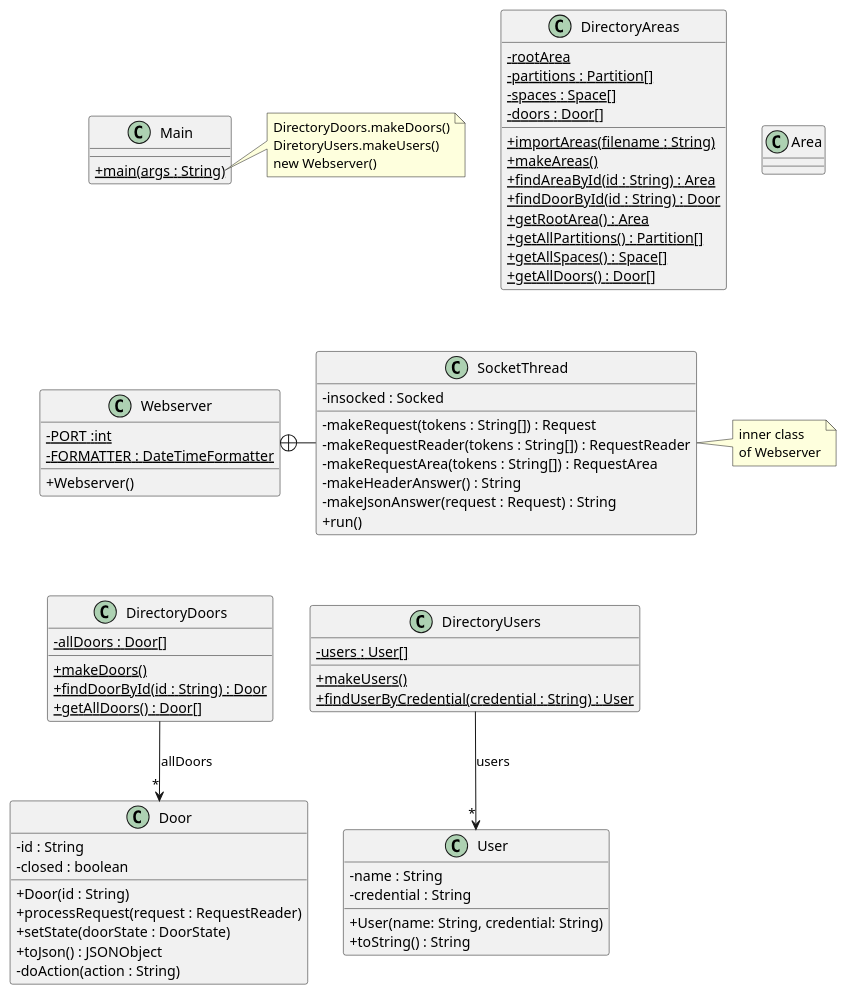
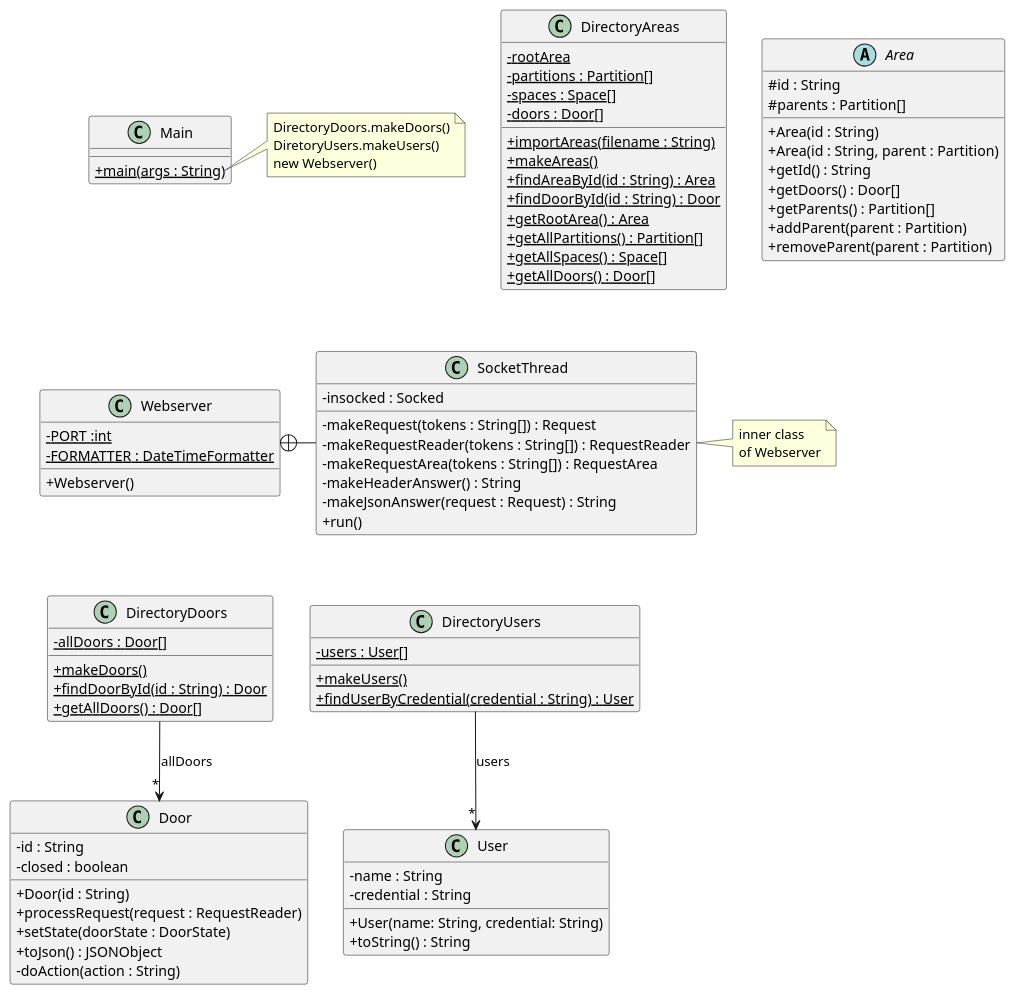
Before and after one commit to joan667/Acces_Control: the diagram in src/baseNoStates/uml/base_no_states.puml, drawn with PlantUML. The commit also changed 15 other files, not shown here.

```diff
--- a/src/baseNoStates/uml/base_no_states.puml
+++ b/src/baseNoStates/uml/base_no_states.puml
@@ -1,107 +1,115 @@
 @startuml
 'https://plantuml.com/class-diagram
 skinparam classAttributeIconSize 0
 
 class Webserver {
 - {static} PORT :int
 - {static} FORMATTER : DateTimeFormatter
 + Webserver()
 }
 
 class SocketThread {
 - insocked : Socked
 - makeRequest(tokens : String[]) : Request
 - makeRequestReader(tokens : String[]) : RequestReader
 - makeRequestArea(tokens : String[]) : RequestArea
 - makeHeaderAnswer() : String
 - makeJsonAnswer(request : Request) : String
 + run()
 }
 
 Webserver +-right- SocketThread
 
 note right of SocketThread
 inner class
 of Webserver
 end note
 
 class DirectoryDoors {
 - {static} allDoors : Door[]
 + {static} makeDoors()
 + {static} findDoorById(id : String) : Door
 + {static} getAllDoors() : Door[]
 }
 
 DirectoryDoors --> "*" Door : "allDoors"
 
 class DirectoryUsers {
 - {static} users : User[]
 + {static} makeUsers()
 + {static} findUserByCredential(credential : String) : User
 }
 
 DirectoryUsers --> "*" User : "users"
 
 class Door {
 - id : String
 - closed : boolean
 + Door(id : String)
 + processRequest(request : RequestReader)
 + setState(doorState : DoorState)
 + toJson() : JSONObject
 '+ toString() : String
 '+ isClosed() :boolean
 '+ setClosed(b : boolean)
 '+ getStateName() : String
 - doAction(action : String)
 }
 
 
 class User {
 - name : String
 - credential : String
 + User(name: String, credential: String)
 + toString() : String
 }
 
 
 class Main {
 + {static} main(args : String)
 }
 
 note right of Main::main
 DirectoryDoors.makeDoors()
 DiretoryUsers.makeUsers()
 new Webserver()
 end note
 
 Main -[hidden]down- Webserver
 Webserver -[hidden]down- DirectoryDoors
 DirectoryDoors -[hidden]right- DirectoryUsers
 
 
 
 
 'CUSTOM UML
 
 static class DirectoryAreas {
 - {static} rootArea
 - {static} partitions : Partition[]
 - {static} spaces : Space[]
 - {static} doors : Door[]
 + {static} importAreas(filename : String)
 + {static} makeAreas()
 + {static} findAreaById(id : String) : Area
 + {static} findDoorById(id : String) : Door
 + {static} getRootArea() : Area
 + {static} getAllPartitions() : Partition[]
 + {static} getAllSpaces() : Space[]
 + {static} getAllDoors() : Door[]
 }
 
-class Area {
-
+abstract class Area {
+# id : String
+# parents : Partition[]
++ Area(id : String)
++ Area(id : String, parent : Partition)
++ getId() : String
++ getDoors() : Door[]
++ getParents() : Partition[]
++ addParent(parent : Partition)
++ removeParent(parent : Partition)
 }
 
 
 @enduml
```
